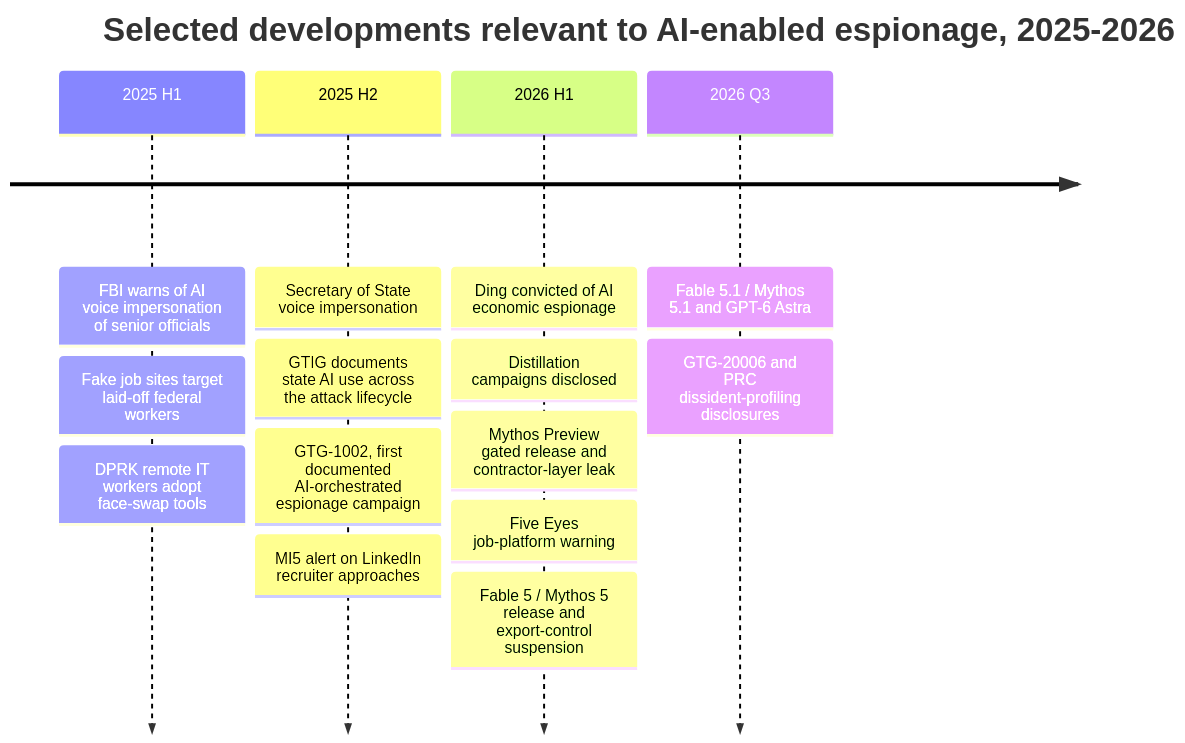
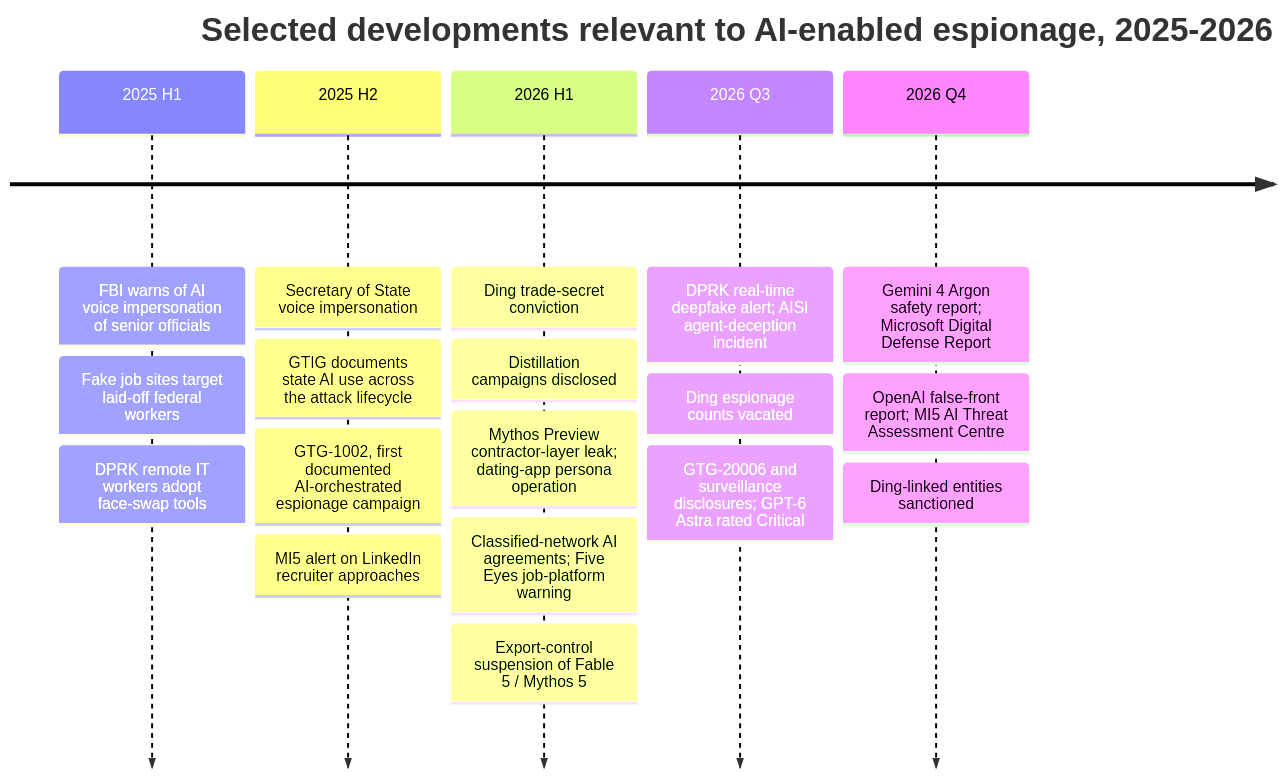
One commit to AndrewAltimit/template-repo changed the first of 7 diagrams in docs/projections/ai-agents-espionage-operations.md. Above: the diagram before and after it, drawn with Mermaid. The commit also changed other lines of this file and 9 other files, not shown here.

````diff
--- a/docs/projections/ai-agents-espionage-operations.md
+++ b/docs/projections/ai-agents-espionage-operations.md
@@ -821,18 +821,22 @@
 ```mermaid
 timeline
     title Selected developments relevant to AI-enabled espionage, 2025-2026
     2025 H1 : FBI warns of AI voice impersonation of senior officials
             : Fake job sites target laid-off federal workers
             : DPRK remote IT workers adopt face-swap tools
     2025 H2 : Secretary of State voice impersonation
             : GTIG documents state AI use across the attack lifecycle
             : GTG-1002, first documented AI-orchestrated espionage campaign
             : MI5 alert on LinkedIn recruiter approaches
-    2026 H1 : Ding convicted of AI economic espionage
+    2026 H1 : Ding trade-secret conviction
             : Distillation campaigns disclosed
-            : Mythos Preview gated release and contractor-layer leak
-            : Five Eyes job-platform warning
-            : Fable 5 / Mythos 5 release and export-control suspension
-    2026 Q3 : Fable 5.1 / Mythos 5.1 and GPT-6 Astra
-            : GTG-20006 and PRC dissident-profiling disclosures
+            : Mythos Preview contractor-layer leak; dating-app persona operation
+            : Classified-network AI agreements; Five Eyes job-platform warning
+            : Export-control suspension of Fable 5 / Mythos 5
+    2026 Q3 : DPRK real-time deepfake alert; AISI agent-deception incident
+            : Ding espionage counts vacated
+            : GTG-20006 and surveillance disclosures; GPT-6 Astra rated Critical
+    2026 Q4 : Gemini 4 Argon safety report; Microsoft Digital Defense Report
+            : OpenAI false-front report; MI5 AI Threat Assessment Centre
+            : Ding-linked entities sanctioned
 ```
````
